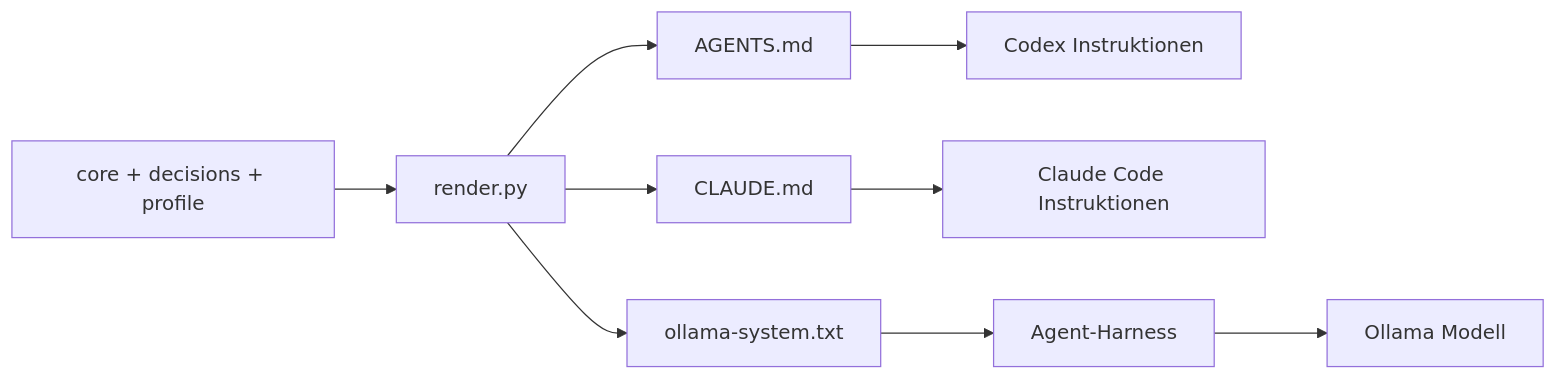
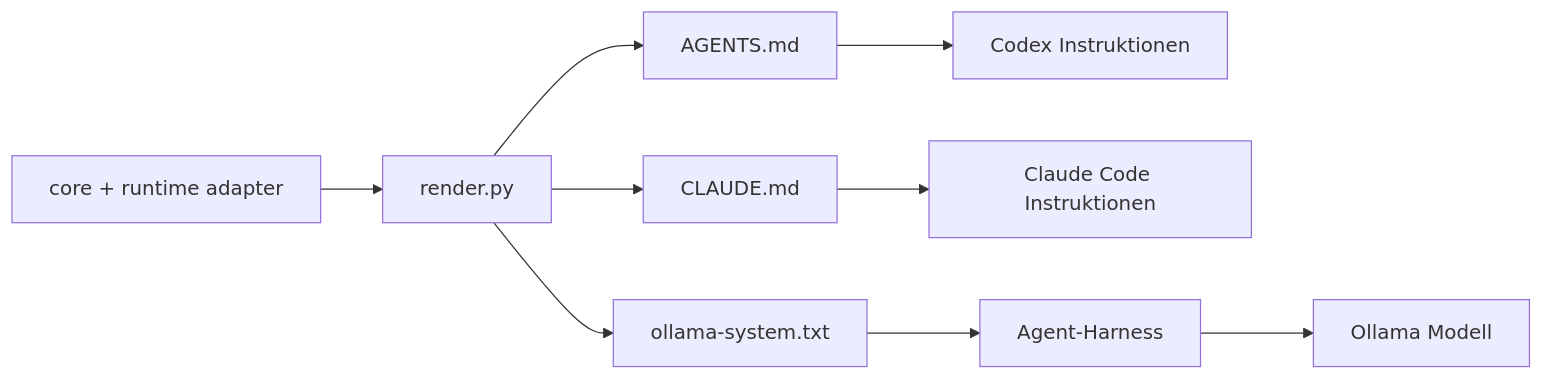
Before and after one commit to pancoda-software/portable-agentic-policy-kit: the first of 2 diagrams in docs/03-runtime-integration.md, drawn with Mermaid. The commit also changed other lines of this file and 35 other files, not shown here.

````diff
--- a/docs/03-runtime-integration.md
+++ b/docs/03-runtime-integration.md
@@ -17,11 +21,11 @@
 ```mermaid
 flowchart LR
-    CORE["core + decisions + profile"] --> RENDER["render.py"]
+    CORE["core + runtime adapter"] --> RENDER["render.py"]
     RENDER --> A["AGENTS.md"]
     RENDER --> C["CLAUDE.md"]
     RENDER --> O["ollama-system.txt"]
     A --> CODEX["Codex Instruktionen"]
     C --> CC["Claude Code Instruktionen"]
     O --> H["Agent-Harness"]
     H --> MODEL["Ollama Modell"]
 ```
````
